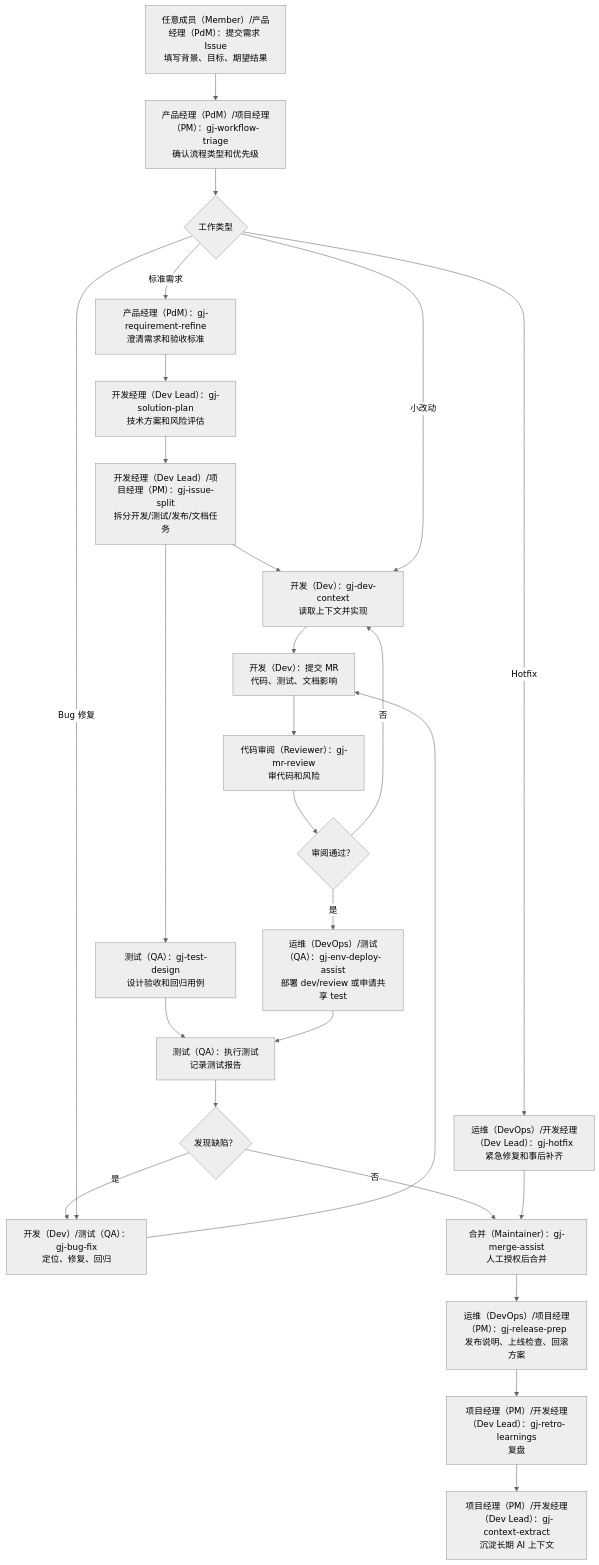
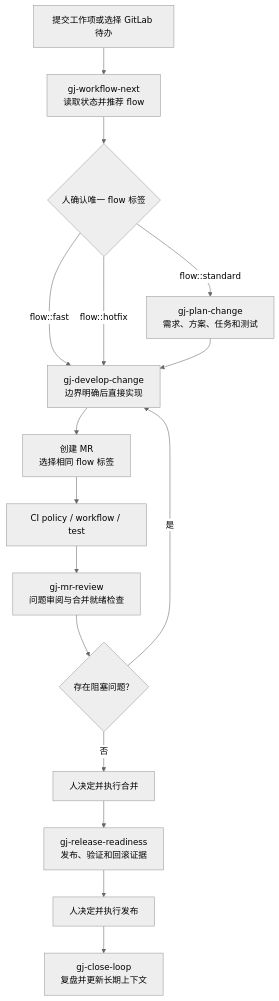
Before and after one commit to TheLastMagician/gj-gitlab-ai-workflow: the first of 2 diagrams in README.md, drawn with Mermaid (neutral theme). The commit also changed other lines of this file and 122 other files, not shown here.

````diff
--- a/README.md
+++ b/README.md
@@ -98,31 +142,18 @@
 ```mermaid
 flowchart TD
-  A["任意成员（Member）/产品经理（PdM）：提交需求 Issue<br/>填写背景、目标、期望结果"] --> B["产品经理（PdM）/项目经理（PM）：gj-workflow-triage<br/>确认流程类型和优先级"]
-  B --> C{"工作类型"}
-
-  C -- "标准需求" --> D["产品经理（PdM）：gj-requirement-refine<br/>澄清需求和验收标准"]
-  D --> E["开发经理（Dev Lead）：gj-solution-plan<br/>技术方案和风险评估"]
-  E --> F["开发经理（Dev Lead）/项目经理（PM）：gj-issue-split<br/>拆分开发/测试/发布/文档任务"]
-
-  F --> G["开发（Dev）：gj-dev-context<br/>读取上下文并实现"]
-  F --> H["测试（QA）：gj-test-design<br/>设计验收和回归用例"]
-  G --> I["开发（Dev）：提交 MR<br/>代码、测试、文档影响"]
-  I --> J["代码审阅（Reviewer）：gj-mr-review<br/>审代码和风险"]
-  J --> K{"审阅通过？"}
-  K -- "否" --> G
-  K -- "是" --> L["运维（DevOps）/测试（QA）：gj-env-deploy-assist<br/>部署 dev/review 或申请共享 test"]
-  H --> M["测试（QA）：执行测试<br/>记录测试报告"]
-  L --> M
-  M --> N{"发现缺陷？"}
-  N -- "是" --> O["开发（Dev）/测试（QA）：gj-bug-fix<br/>定位、修复、回归"]
-  O --> I
-  N -- "否" --> P["合并（Maintainer）：gj-merge-assist<br/>人工授权后合并"]
-  P --> Q["运维（DevOps）/项目经理（PM）：gj-release-prep<br/>发布说明、上线检查、回滚方案"]
-  Q --> R["项目经理（PM）/开发经理（Dev Lead）：gj-retro-learnings<br/>复盘"]
-  R --> S["项目经理（PM）/开发经理（Dev Lead）：gj-context-extract<br/>沉淀长期 AI 上下文"]
-
-  C -- "小改动" --> G
-  C -- "Bug 修复" --> O
-  C -- "Hotfix" --> T["运维（DevOps）/开发经理（Dev Lead）：gj-hotfix<br/>紧急修复和事后补齐"]
-  T --> P
+  A["提交工作项或选择 GitLab 待办"] --> B["gj-workflow-next<br/>读取状态并推荐 flow"]
+  B --> C{"人确认唯一 flow 标签"}
+  C -- "flow::standard" --> D["gj-plan-change<br/>需求、方案、任务和测试"]
+  C -- "flow::fast" --> E["gj-develop-change<br/>边界明确后直接实现"]
+  C -- "flow::hotfix" --> E
+  D --> E
+  E --> F["创建 MR<br/>选择相同 flow 标签"]
+  F --> G["CI policy / workflow / test"]
+  G --> H["gj-mr-review<br/>问题审阅与合并就绪检查"]
+  H --> I{"存在阻塞问题？"}
+  I -- "是" --> E
+  I -- "否" --> J["人决定并执行合并"]
+  J --> K["gj-release-readiness<br/>发布、验证和回滚证据"]
+  K --> L["人决定并执行发布"]
+  L --> M["gj-close-loop<br/>复盘并更新长期上下文"]
 ```
````
